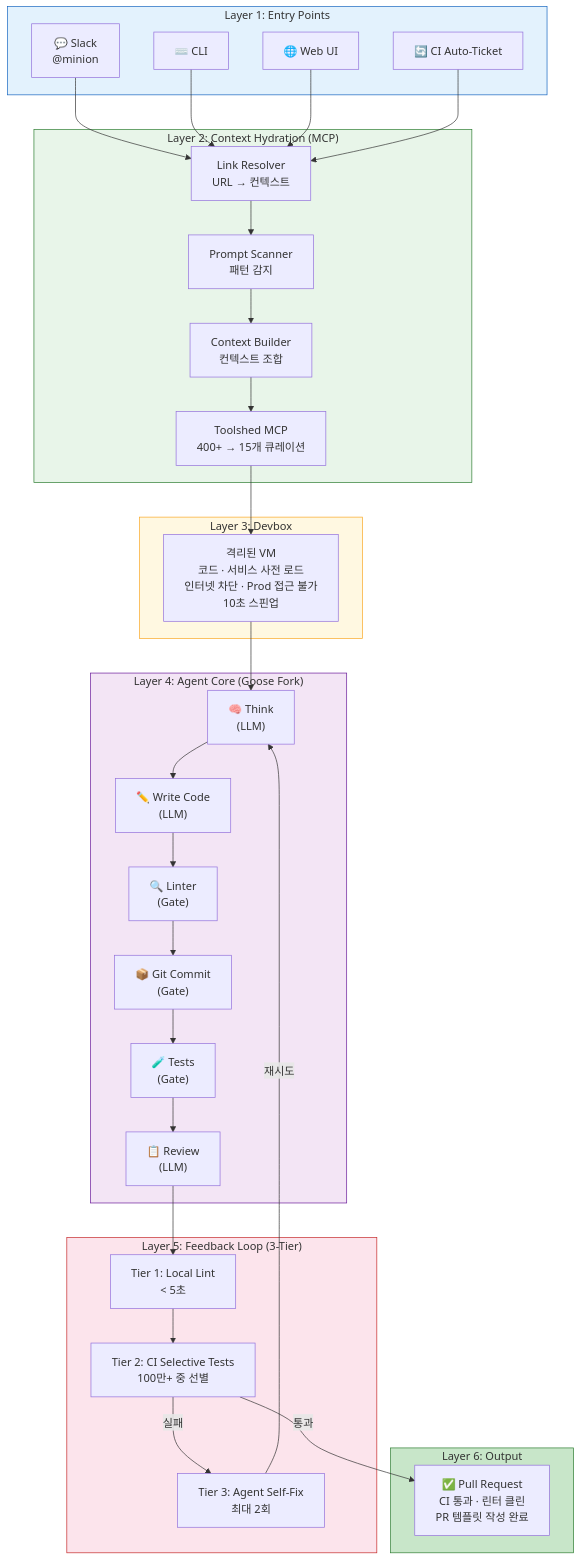
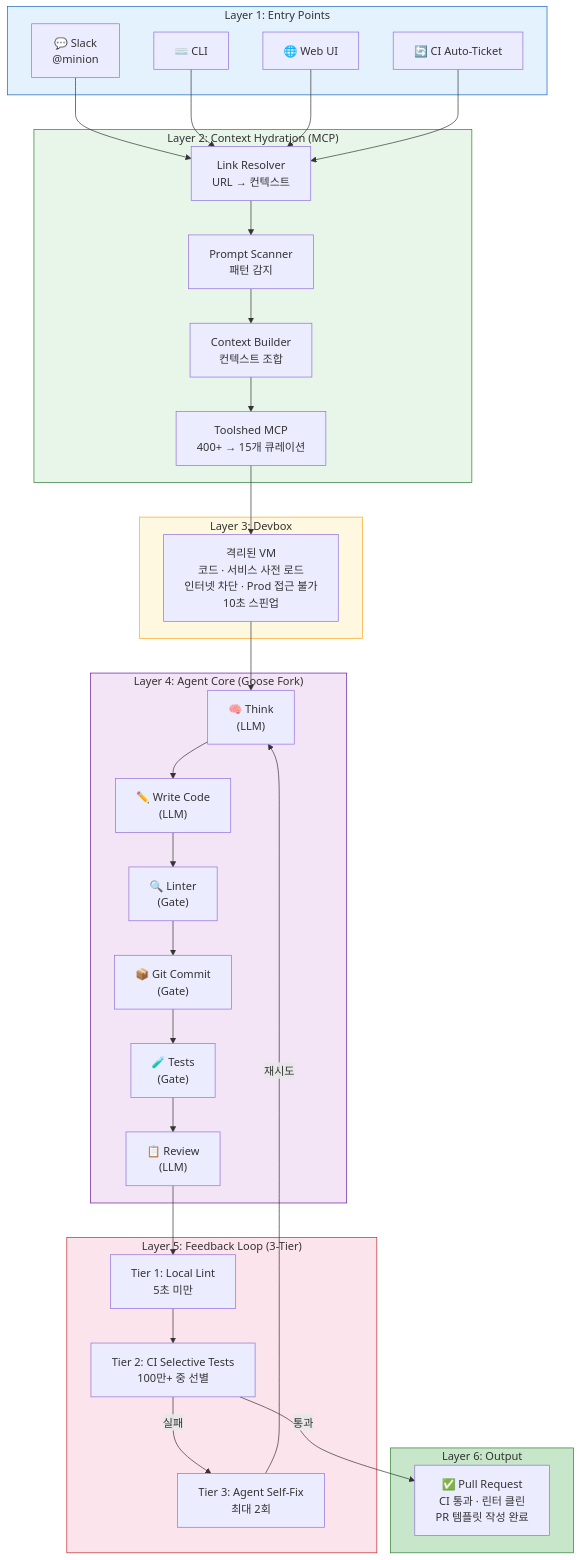
The first of 2 diagrams in docs/examples/minions/00-diagram.md (kimchanhyung98/agentic-workflows), drawn with Mermaid before and after one commit. The commit also changed 5 other files, not shown here.

First line of the commit message:
fix(docs): improve mermaid diagram rendering safety and accuracy

````diff
--- a/docs/examples/minions/00-diagram.md
+++ b/docs/examples/minions/00-diagram.md
@@ -12,54 +12,54 @@
 ```mermaid
 graph TB
     subgraph L1["Layer 1: Entry Points"]
         EP1["💬 Slack<br/>@minion"]
         EP2["⌨️ CLI"]
         EP3["🌐 Web UI"]
         EP4["🔄 CI Auto-Ticket"]
     end
 
     subgraph L2["Layer 2: Context Hydration (MCP)"]
         LR["Link Resolver<br/>URL → 컨텍스트"]
         PS["Prompt Scanner<br/>패턴 감지"]
         CB["Context Builder<br/>컨텍스트 조합"]
         TS["Toolshed MCP<br/>400+ → 15개 큐레이션"]
     end
 
     subgraph L3["Layer 3: Devbox"]
         DB["격리된 VM<br/>코드 · 서비스 사전 로드<br/>인터넷 차단 · Prod 접근 불가<br/>10초 스핀업"]
     end
 
     subgraph L4["Layer 4: Agent Core (Goose Fork)"]
         THINK["🧠 Think<br/>(LLM)"]
         WRITE["✏️ Write Code<br/>(LLM)"]
         LINT["🔍 Linter<br/>(Gate)"]
         GIT["📦 Git Commit<br/>(Gate)"]
         TEST["🧪 Tests<br/>(Gate)"]
         REVIEW["📋 Review<br/>(LLM)"]
     end
 
     subgraph L5["Layer 5: Feedback Loop (3-Tier)"]
-        T1["Tier 1: Local Lint<br/>&lt; 5초"]
+        T1["Tier 1: Local Lint<br/>5초 미만"]
         T2["Tier 2: CI Selective Tests<br/>100만+ 중 선별"]
         T3["Tier 3: Agent Self-Fix<br/>최대 2회"]
     end
 
     subgraph L6["Layer 6: Output"]
         PR["✅ Pull Request<br/>CI 통과 · 린터 클린<br/>PR 템플릿 작성 완료"]
     end
 
     EP1 & EP2 & EP3 & EP4 --> LR
     LR --> PS --> CB
     CB --> TS
     TS --> DB
     DB --> THINK --> WRITE --> LINT --> GIT --> TEST --> REVIEW
     REVIEW --> T1 --> T2
     T2 -->|" 실패 "| T3 -->|" 재시도 "| THINK
     T2 -->|" 통과 "| PR
     style L1 fill: #e3f2fd, stroke: #1565C0
     style L2 fill: #e8f5e9, stroke: #2E7D32
     style L3 fill: #fff8e1, stroke: #F9A825
     style L4 fill: #f3e5f5, stroke: #6A1B9A
     style L5 fill: #fce4ec, stroke: #C62828
     style L6 fill: #c8e6c9, stroke: #2E7D32
 ```
````
